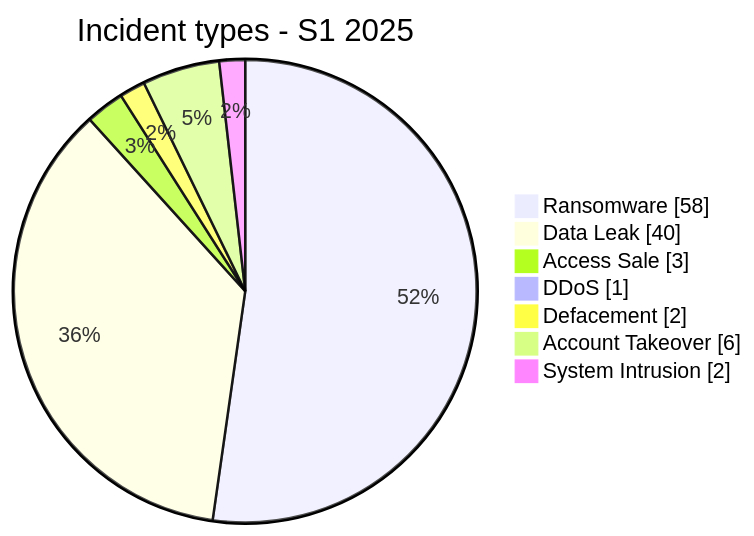
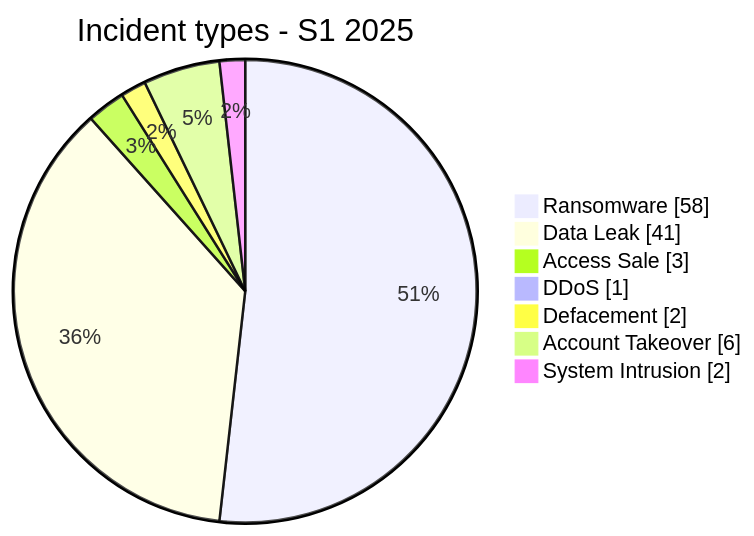
One commit to Hatchepsoute/AFRINTEL changed the second of 2 diagrams in CyberAttackAfrica/2025/README_H1.md. Above: the diagram before and after it, drawn with Mermaid. The commit also changed other lines of this file and 90 other files, not shown here.

````diff
--- a/CyberAttackAfrica/2025/README_H1.md
+++ b/CyberAttackAfrica/2025/README_H1.md
@@ -105,11 +105,11 @@
 ```mermaid
 pie showData
     title Incident types - S1 2025
     "Ransomware" : 58
-    "Data Leak" : 40
+    "Data Leak" : 41
     "Access Sale" : 3
     "DDoS" : 1
     "Defacement" : 2
     "Account Takeover" : 6
     "System Intrusion" : 2
 ```
````
